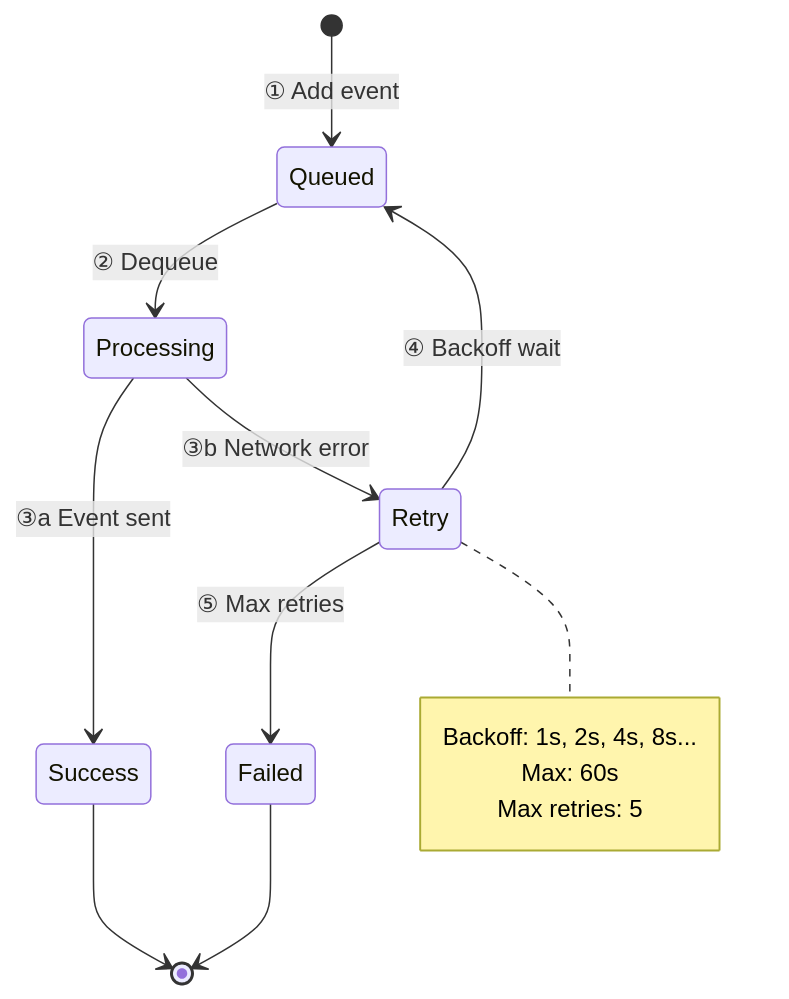
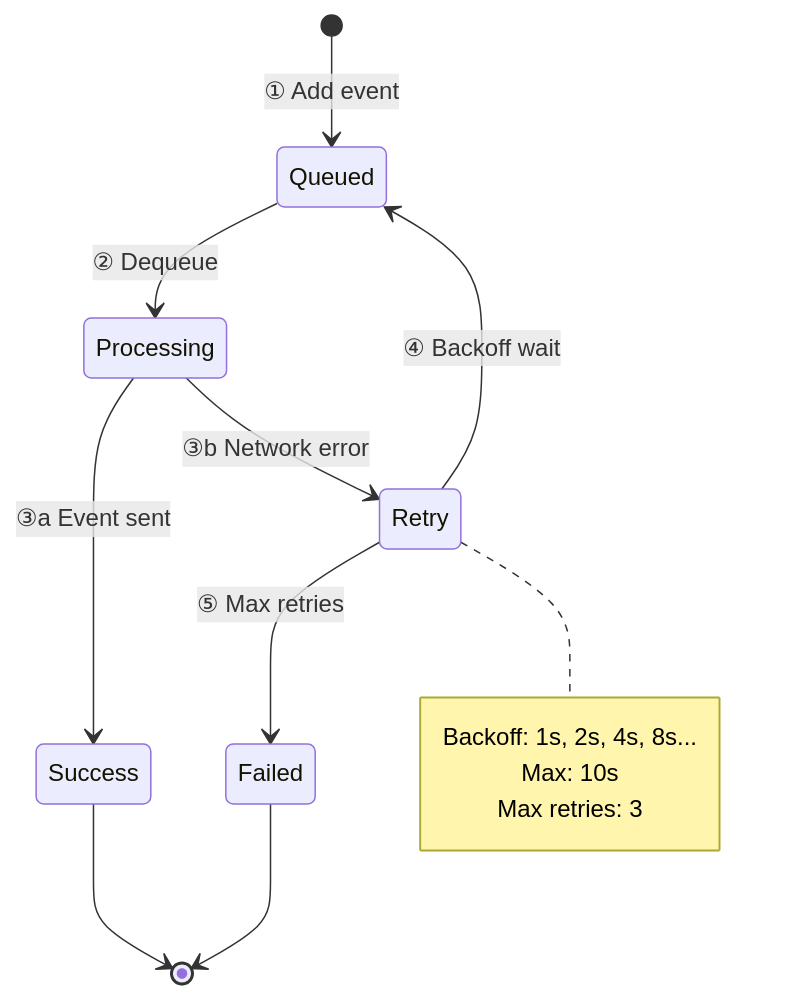
One commit to albertsdk/hsync-client changed the sixth of 9 diagrams in docs/sync-flow.md. Above: the diagram before and after it, drawn with Mermaid. The commit also changed 7 other files, not shown here.

````diff
--- a/docs/sync-flow.md
+++ b/docs/sync-flow.md
@@ -135,17 +135,17 @@
 ```mermaid
 stateDiagram-v2
     [*] --> Queued: ① Add event
     Queued --> Processing: ② Dequeue
     Processing --> Success: ③a Event sent
     Processing --> Retry: ③b Network error
     Retry --> Queued: ④ Backoff wait
     Retry --> Failed: ⑤ Max retries
     Success --> [*]
     Failed --> [*]
 
     note right of Retry
         Backoff: 1s, 2s, 4s, 8s...
-        Max: 60s
-        Max retries: 5
+        Max: 10s
+        Max retries: 3
     end note
 ```
````
